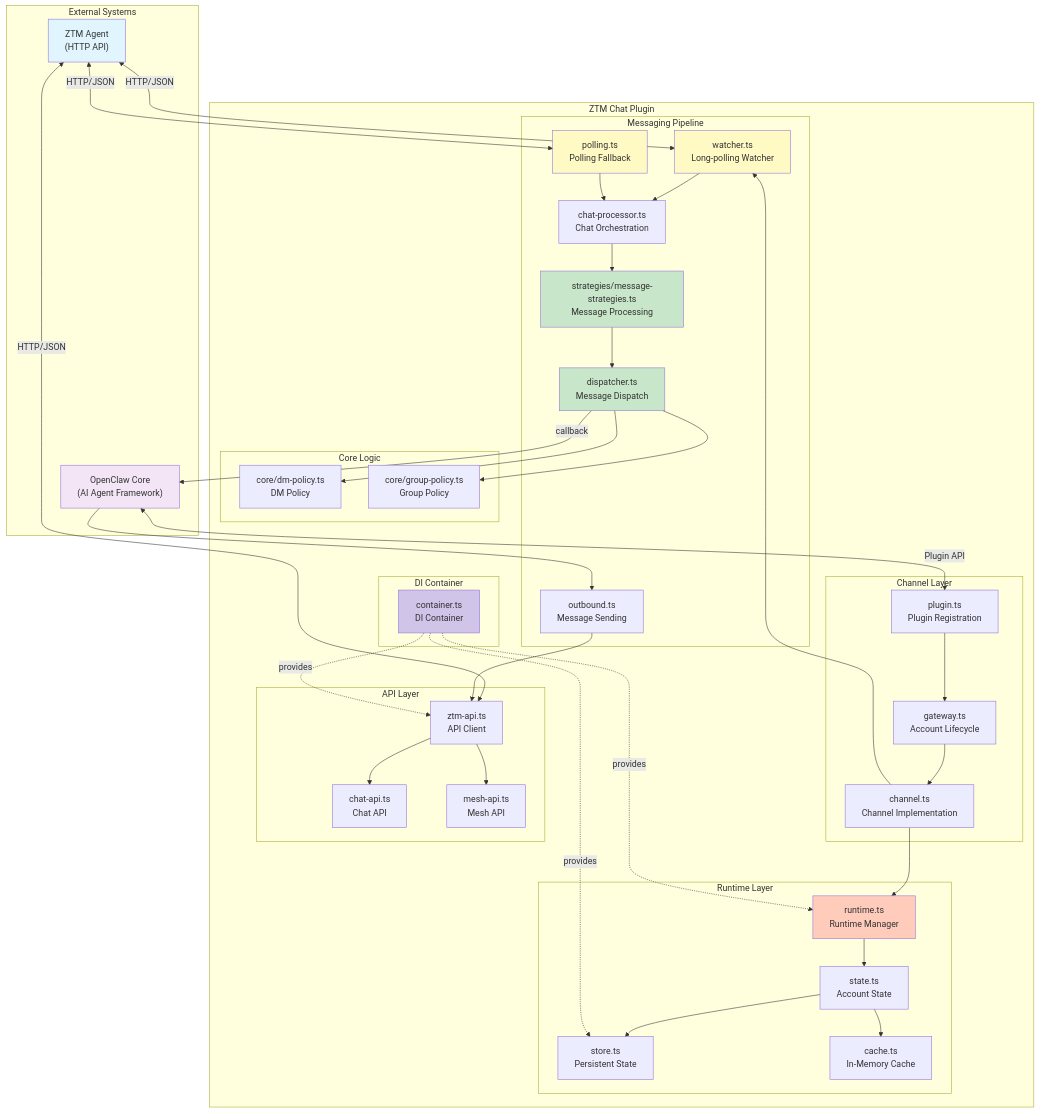
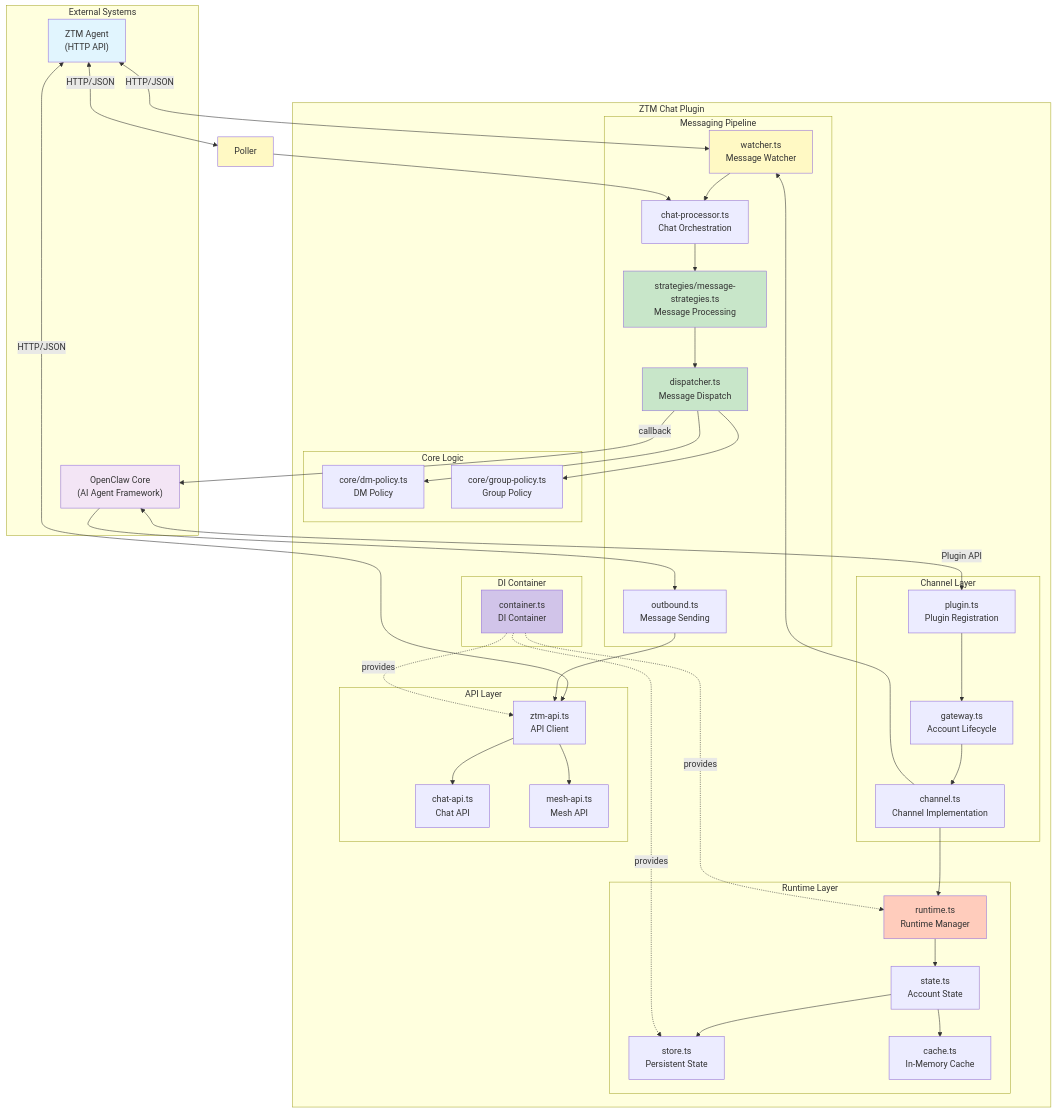
The first of 11 diagrams in docs/architecture.md (clawparty-ai/openclaw-channel-plugin-ztm), drawn with Mermaid before and after one commit. The commit also changed other lines of this file and 44 other files, not shown here.

```diff
--- a/docs/architecture.md
+++ b/docs/architecture.md
@@ -41,8 +41,7 @@
         end
 
         subgraph "Messaging Pipeline"
-            Watcher["watcher.ts<br/>Long-polling Watcher"]
-            Poller["polling.ts<br/>Polling Fallback"]
+            Watcher["watcher.ts<br/>Message Watcher"]
             ChatProc["chat-processor.ts<br/>Chat Orchestration"]
             Processor["strategies/message-strategies.ts<br/>Message Processing"]
             Dispatcher["dispatcher.ts<br/>Message Dispatch"]
```
